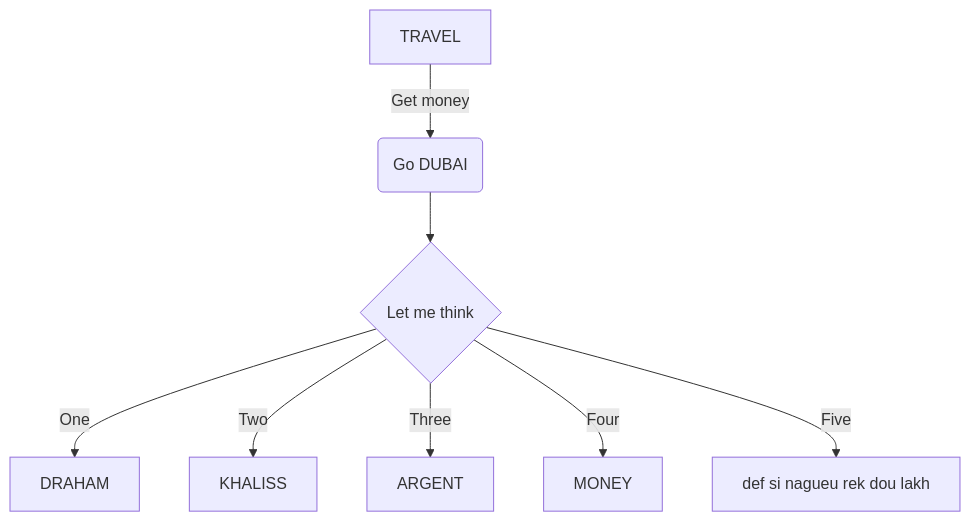
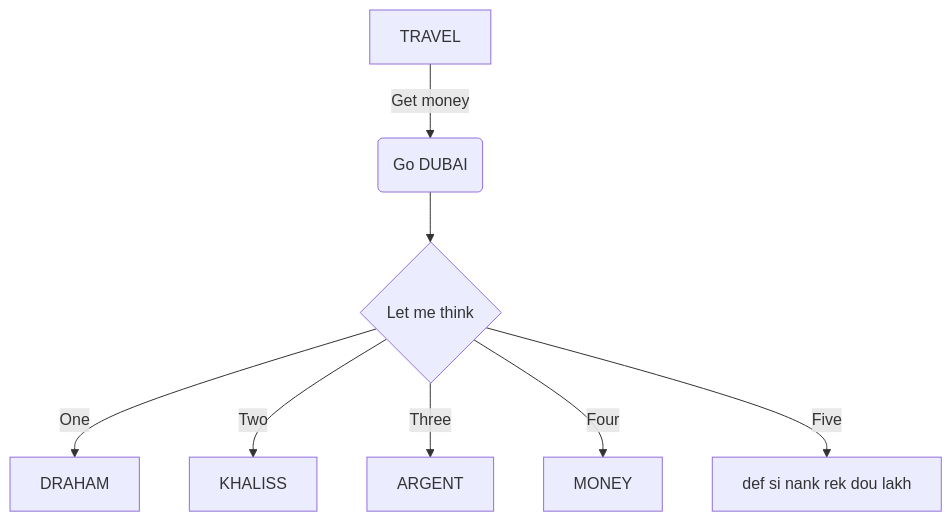
Before and after one commit to Mouha2016-575/Atelier-UML: the diagram in README.md, drawn with Mermaid.

````diff
--- a/README.md
+++ b/README.md
@@ -2,10 +2,10 @@
 ```mermaid
 flowchart TD
     A[TRAVEL] -->|Get money| B(Go DUBAI)
     B --> C{Let me think}
     C -->|One| D[DRAHAM]
     C -->|Two| E[KHALISS]
     C -->|Three| F[ARGENT]
     C -->|Four| G[MONEY]
-    C -->|Five| H[def si nagueu rek dou lakh]
+    C -->|Five| H[def si nank rek dou lakh]
 ```
````
